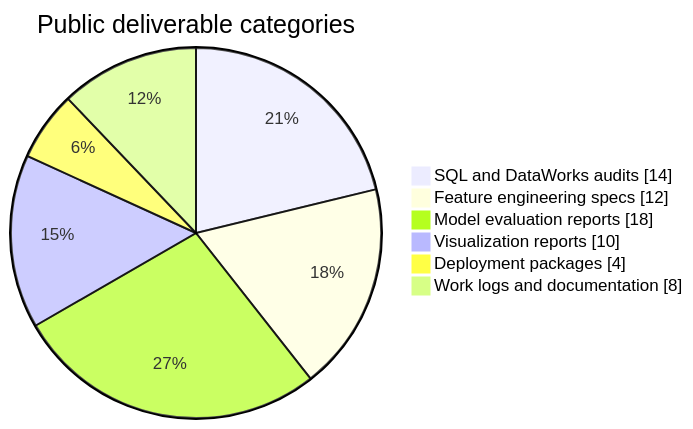
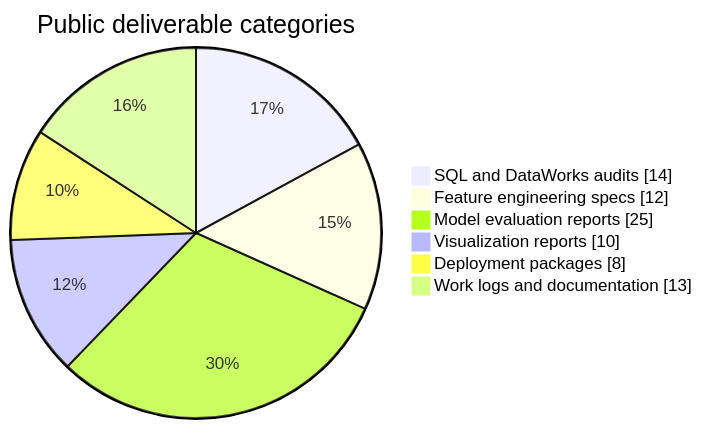
The second of 6 diagrams in docs/HUNGRY_STUDIO_VISUAL_SUMMARY.md (Wendy-James/Wendy-James), drawn with Mermaid before and after one commit. The commit also changed other lines of this file, not shown here.

````diff
--- a/docs/HUNGRY_STUDIO_VISUAL_SUMMARY.md
+++ b/docs/HUNGRY_STUDIO_VISUAL_SUMMARY.md
@@ -38,10 +41,10 @@
 ```mermaid
 pie showData
     title Public deliverable categories
     "SQL and DataWorks audits" : 14
     "Feature engineering specs" : 12
-    "Model evaluation reports" : 18
+    "Model evaluation reports" : 25
     "Visualization reports" : 10
-    "Deployment packages" : 4
-    "Work logs and documentation" : 8
+    "Deployment packages" : 8
+    "Work logs and documentation" : 13
 ```
````
